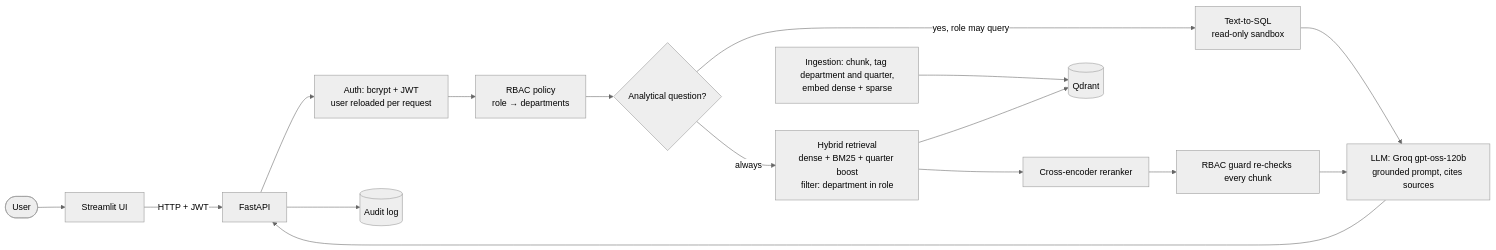
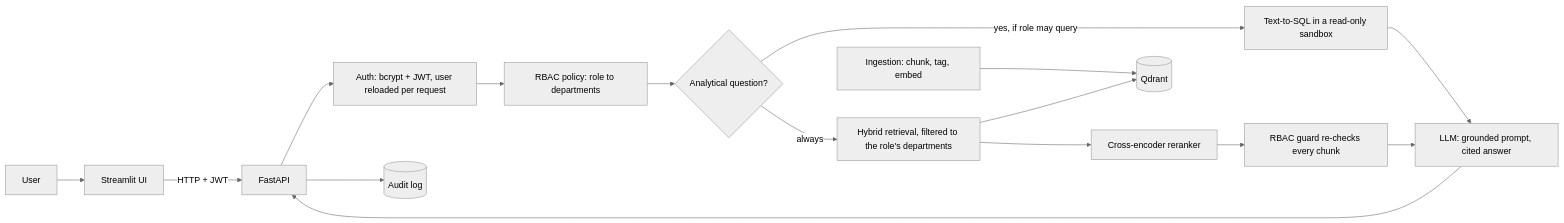
Before and after one commit to IsraYaqoob55/finsolve-rbac-rag: the diagram in README.md, drawn with Mermaid (neutral theme).

Commit message:
docs: simplify architecture diagram so GitHub renders it

````diff
--- a/README.md
+++ b/README.md
@@ -29,18 +29,18 @@
 ```mermaid
 flowchart LR
-    U([User]) --> UI[Streamlit UI]
-    UI -- "HTTP + JWT" --> API[FastAPI]
-    API --> AUTH["Auth: bcrypt + JWT<br/>user reloaded per request"]
-    AUTH --> POL["RBAC policy<br/>role → departments"]
-    POL --> ROUTE{Analytical question?}
-    ROUTE -- "yes, role may query" --> SQL["Text-to-SQL<br/>read-only sandbox"]
-    ROUTE -- always --> RET["Hybrid retrieval<br/>dense + BM25 + quarter boost<br/>filter: department in role"]
-    RET --> QD[(Qdrant)]
-    RET --> RR[Cross-encoder reranker]
-    RR --> GUARD[RBAC guard re-checks every chunk]
-    SQL --> LLM
-    GUARD --> LLM["LLM: Groq gpt-oss-120b<br/>grounded prompt, cites sources"]
+    U["User"] --> UI["Streamlit UI"]
+    UI -->|"HTTP + JWT"| API["FastAPI"]
+    API --> AUTH["Auth: bcrypt + JWT, user reloaded per request"]
+    AUTH --> POL["RBAC policy: role to departments"]
+    POL --> ROUTE{"Analytical question?"}
+    ROUTE -->|"yes, if role may query"| SQL["Text-to-SQL in a read-only sandbox"]
+    ROUTE -->|"always"| RET["Hybrid retrieval, filtered to the role's departments"]
+    RET --> QD[("Qdrant")]
+    RET --> RR["Cross-encoder reranker"]
+    RR --> GUARD["RBAC guard re-checks every chunk"]
+    SQL --> LLM["LLM: grounded prompt, cited answer"]
+    GUARD --> LLM
     LLM --> API
-    API --> AUD[(Audit log)]
-    ING["Ingestion: chunk, tag department and quarter,<br/>embed dense + sparse"] --> QD
+    API --> AUD[("Audit log")]
+    ING["Ingestion: chunk, tag, embed"] --> QD
 ```
````
